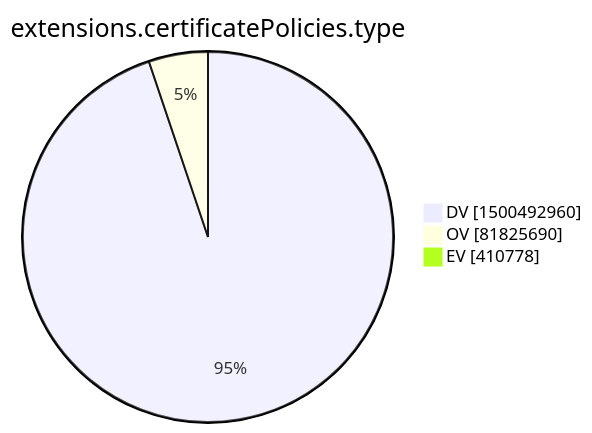
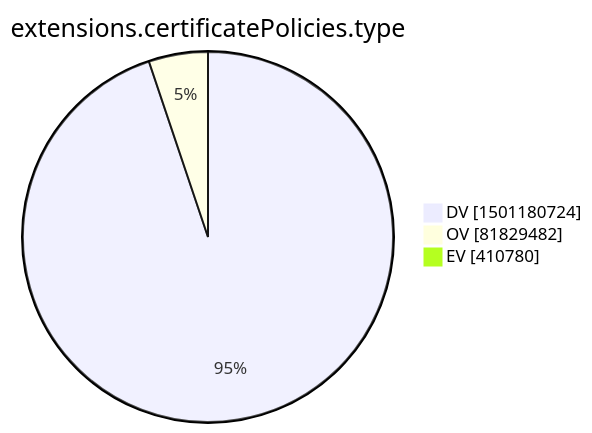
Before and after one commit to christiankrug/ctmonitor_visualization: the tenth of 15 diagrams in xenon2022/README.md, drawn with Mermaid. The commit also changed other lines of this file, not shown here.

````diff
--- a/xenon2022/README.md
+++ b/xenon2022/README.md
@@ -2874,7 +2874,7 @@
 ```mermaid
 pie showData
 title extensions.certificatePolicies.type
-"DV" :1500492960
-"OV" :81825690
-"EV" :410778
+"DV" :1501180724
+"OV" :81829482
+"EV" :410780
 ```
````
